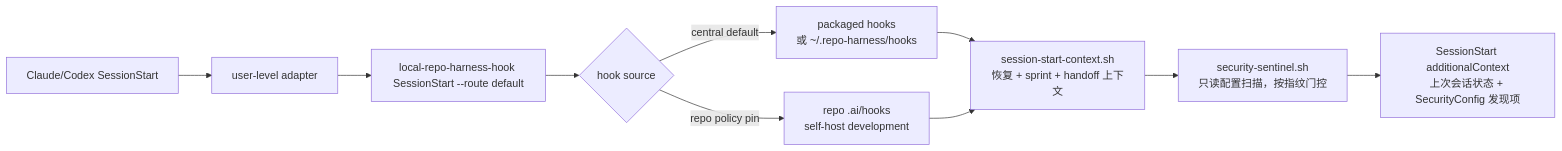
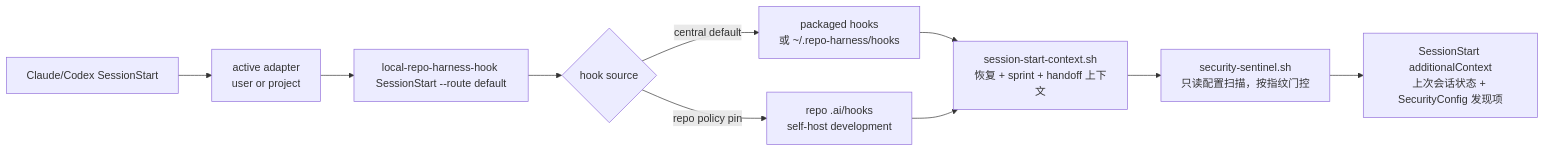
Before and after one commit to automann/local-repo-harness: the second of 3 diagrams in README.zh-CN.md, drawn with Mermaid. The commit also changed other lines of this file and 13 other files, not shown here.

````diff
--- a/README.zh-CN.md
+++ b/README.zh-CN.md
@@ -380,12 +400,12 @@
 ```mermaid
 flowchart LR
-  SessionStart["Claude/Codex SessionStart"] --> Adapter["user-level adapter"]
+  SessionStart["Claude/Codex SessionStart"] --> Adapter["active adapter<br/>user or project"]
   Adapter --> Entry["local-repo-harness-hook SessionStart --route default"]
   Entry --> Source{"hook source"}
   Source -->|central default| Central["packaged hooks<br/>或 ~/.repo-harness/hooks"]
   Source -->|repo policy pin| Repo["repo .ai/hooks<br/>self-host development"]
   Central --> Ctx["session-start-context.sh<br/>恢复 + sprint + handoff 上下文"]
   Repo --> Ctx
   Ctx --> Sec["security-sentinel.sh<br/>只读配置扫描，按指纹门控"]
   Sec --> SSOut["SessionStart additionalContext<br/>上次会话状态 + SecurityConfig 发现项"]
 ```
````
